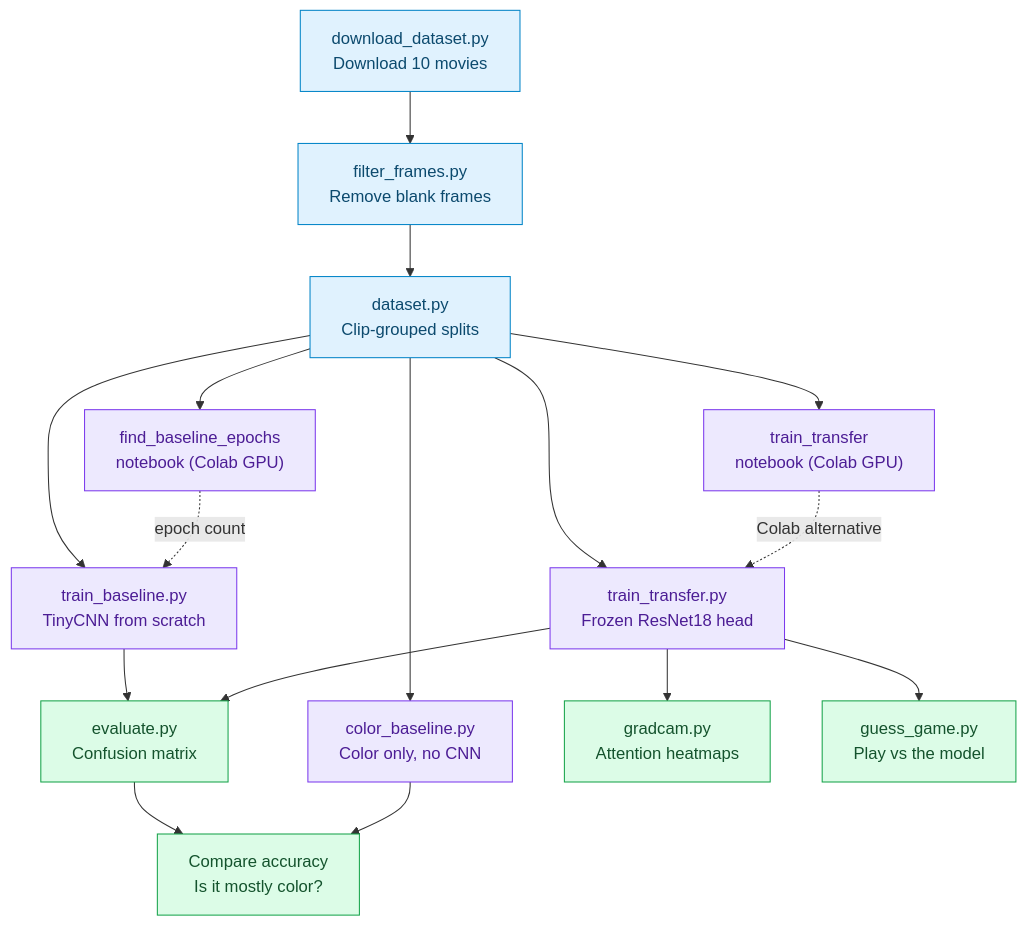
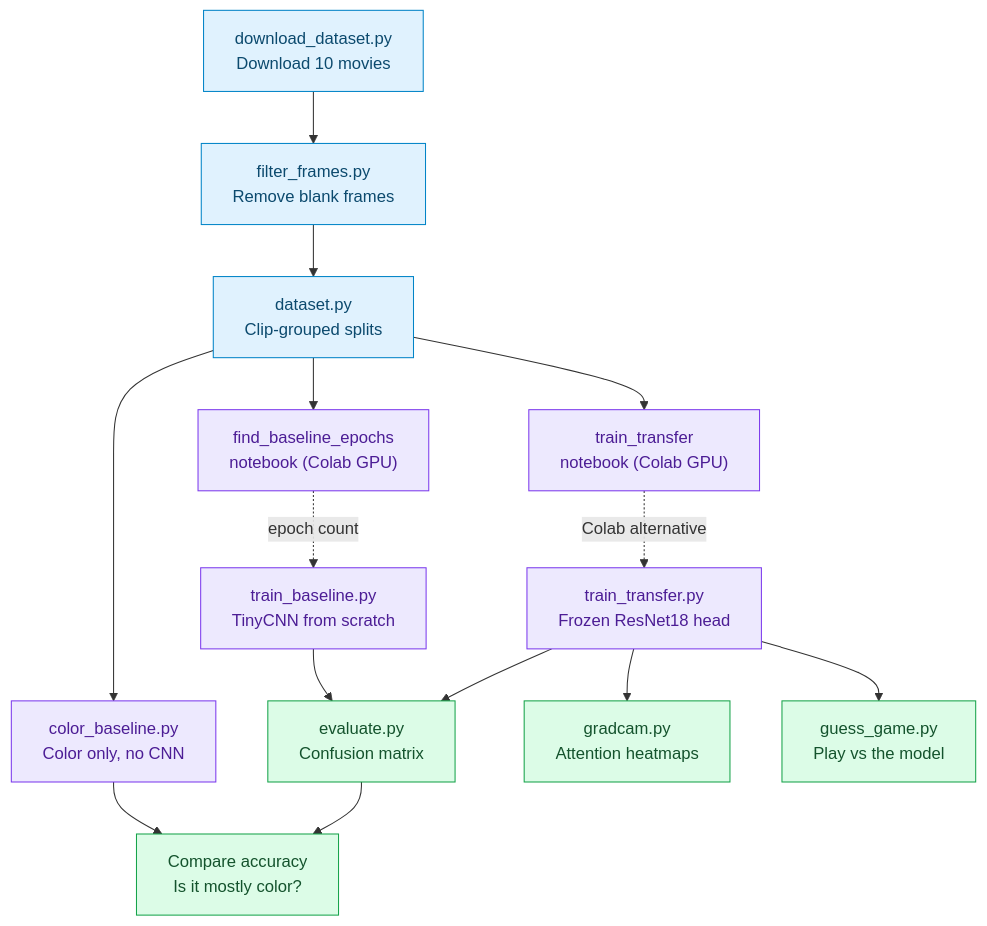
One commit to ItayMendelson/movie-screenshot-classifier changed the diagram in README.md. Above: the diagram before and after it, drawn with Mermaid.

Commit message:
Document Colab notebooks in README and fix cropped diagram labels
Claude-Session: https://claude.ai/code/session_01CwruXzuUdao6iPzBQehAZd

````diff
--- a/README.md
+++ b/README.md
@@ -37,31 +37,31 @@
 ```mermaid
 flowchart TD
     download["download_dataset.py<br/>Download 10 movies"]
     filter["filter_frames.py<br/>Remove blank frames"]
     splits["dataset.py<br/>Clip-grouped splits"]
     baseline["train_baseline.py<br/>TinyCNN from scratch"]
     transfer["train_transfer.py<br/>Frozen ResNet18 head"]
     color["color_baseline.py<br/>Color only, no CNN"]
     evaluate["evaluate.py<br/>Confusion matrix"]
     sanity["Compare accuracy<br/>Is it mostly color?"]
     cam["gradcam.py<br/>Attention heatmaps"]
     game["guess_game.py<br/>Play vs the model"]
     tunenb["find_baseline_epochs<br/>notebook (Colab GPU)"]
     transfernb["train_transfer<br/>notebook (Colab GPU)"]
 
     download --> filter --> splits
-    splits --> baseline & transfer & color
+    splits --> color
     splits --> tunenb & transfernb
     tunenb -.->|epoch count| baseline
     transfernb -.->|Colab alternative| transfer
     baseline & transfer --> evaluate
     evaluate & color --> sanity
     transfer --> cam & game
 
     classDef data fill:#e0f2fe,stroke:#0284c7,color:#0c4a6e
     classDef model fill:#ede9fe,stroke:#7c3aed,color:#4c1d95
     classDef output fill:#dcfce7,stroke:#16a34a,color:#14532d
     class download,filter,splits data
     class baseline,transfer,color,tunenb,transfernb model
     class evaluate,sanity,cam,game output
 ```
````
